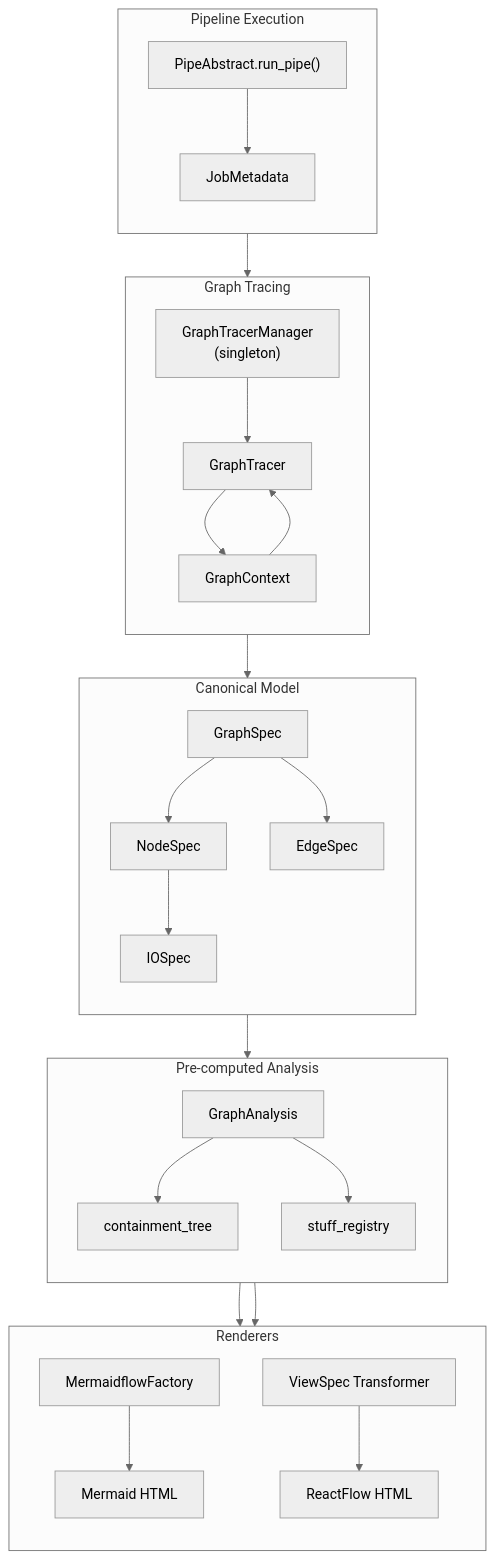
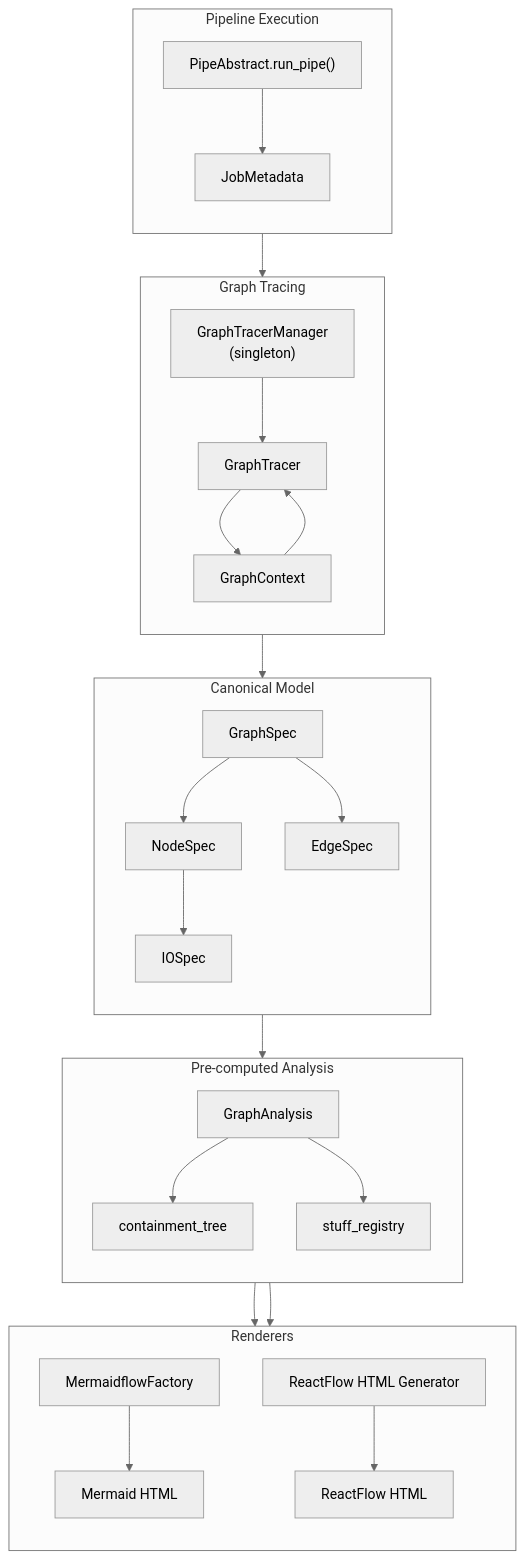
Before and after one commit to Pipelex/pipelex: the diagram in docs/under-the-hood/execution-graph-tracing.md, drawn with Mermaid (neutral theme). The commit also changed other lines of this file and 22 other files, not shown here.

````diff
--- a/docs/under-the-hood/execution-graph-tracing.md
+++ b/docs/under-the-hood/execution-graph-tracing.md
@@ -94,55 +93,53 @@
 ```mermaid
 flowchart TB
     subgraph EXECUTION["Pipeline Execution"]
         direction TB
         PIPE["PipeAbstract.run_pipe()"]
         JOB["JobMetadata"]
         PIPE --> JOB
     end
 
     subgraph TRACING["Graph Tracing"]
         direction TB
         MGR["GraphTracerManager<br/>(singleton)"]
         TRACER["GraphTracer"]
         CTX["GraphContext"]
         MGR --> TRACER
         TRACER --> CTX
     end
 
     subgraph MODEL["Canonical Model"]
         direction TB
         SPEC["GraphSpec"]
         NODE["NodeSpec"]
         EDGE["EdgeSpec"]
         IO["IOSpec"]
         SPEC --> NODE
         SPEC --> EDGE
         NODE --> IO
     end
 
     subgraph ANALYSIS["Pre-computed Analysis"]
         direction TB
         GA["GraphAnalysis"]
         TREE["containment_tree"]
         STUFF["stuff_registry"]
         GA --> TREE
         GA --> STUFF
     end
 
     subgraph RENDER["Renderers"]
         direction TB
         MF["MermaidflowFactory"]
-        RF["ViewSpec Transformer"]
-        HTML1["Mermaid HTML"]
-        HTML2["ReactFlow HTML"]
-        MF --> HTML1
-        RF --> HTML2
+        RF["ReactFlow HTML Generator"]
+        MF --> HTML1["Mermaid HTML"]
+        RF --> HTML2["ReactFlow HTML"]
     end
 
     JOB --> CTX
     CTX --> TRACER
     TRACER --> SPEC
     SPEC --> GA
     GA --> MF
     GA --> RF
 ```
````
